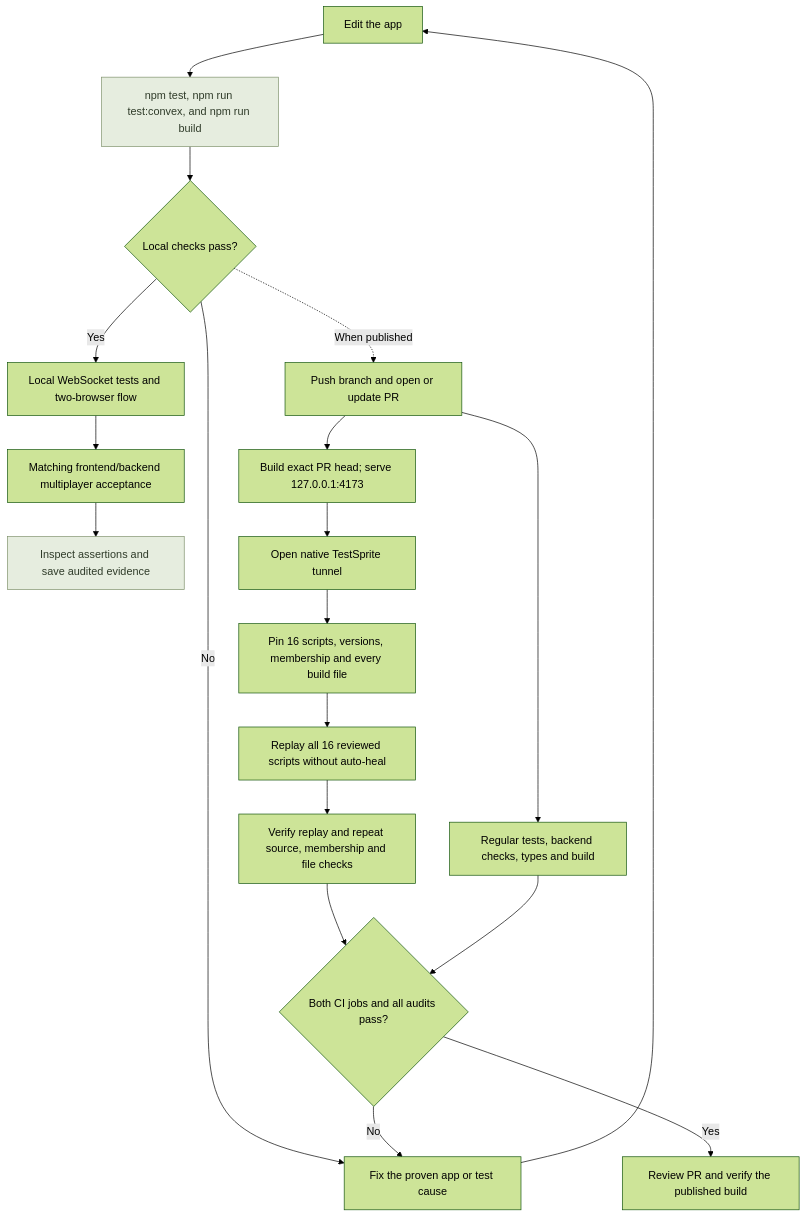
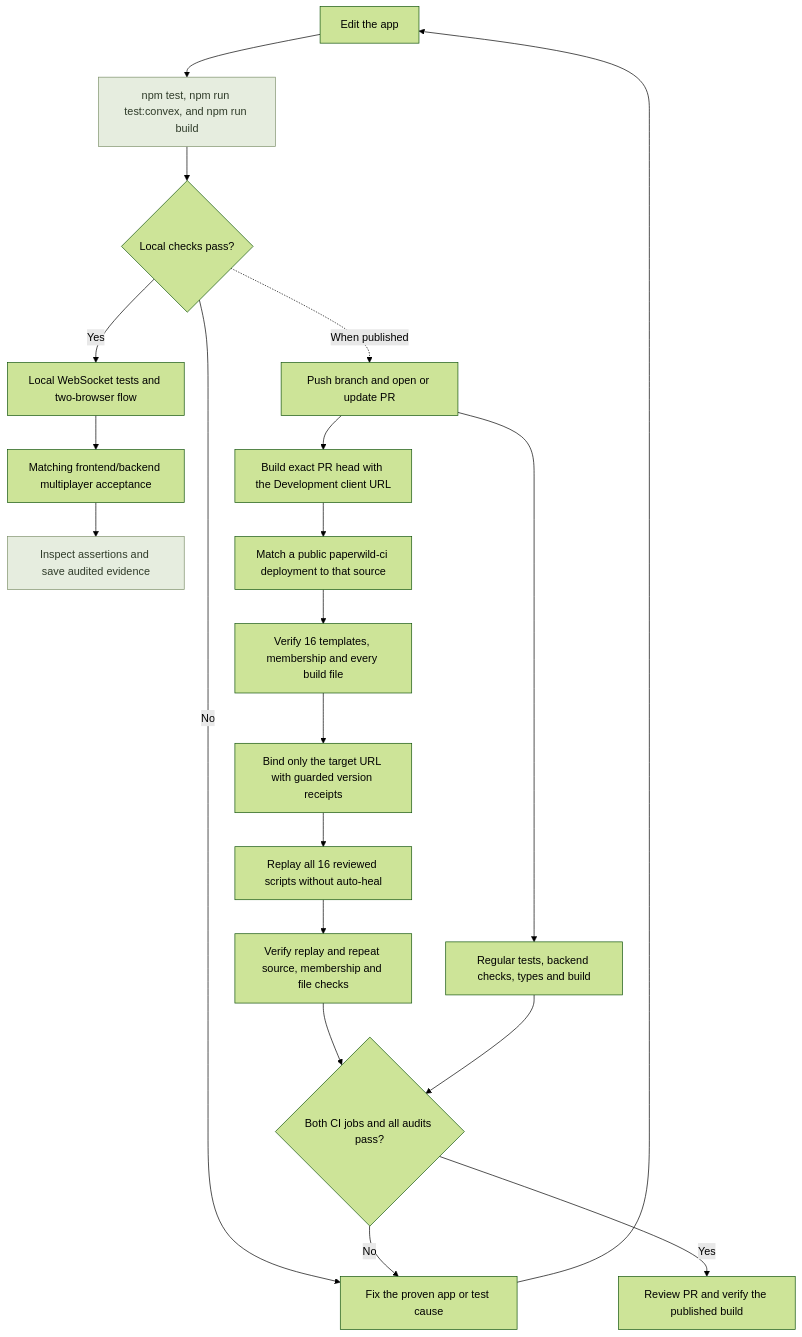
One commit to Davidson3556/Paperwild changed the fourth of 4 diagrams in README.md. Above: the diagram before and after it, drawn with Mermaid (forest theme). The commit also changed other lines of this file and 27 other files, not shown here.

Commit message:
Run strict TestSprite replays on verified public CI deployments

````diff
--- a/README.md
+++ b/README.md
@@ -332,24 +332,25 @@
 ```mermaid
 flowchart TD
     changes["Edit the app"] --> localChecks["npm test, npm run test:convex, and npm run build"]
     localChecks --> localPass{"Local checks pass?"}
     localPass -->|"No"| correction["Fix the proven app or test cause"]
     correction --> changes
     localPass -->|"Yes"| live["Local WebSocket tests and two-browser flow"]
     live --> native["Matching frontend/backend multiplayer acceptance"]
     native --> audit["Inspect assertions and save audited evidence"]
     localPass -.->|"When published"| pullRequest["Push branch and open or update PR"]
     pullRequest --> ci["Regular tests, backend checks, types and build"]
-    pullRequest --> exactBuild["Build exact PR head; serve 127.0.0.1:4173"]
-    exactBuild --> tunnel["Open native TestSprite tunnel"]
-    tunnel --> preflight["Pin 16 scripts, versions, membership and every build file"]
-    preflight --> portal["Replay all 16 reviewed scripts without auto-heal"]
+    pullRequest --> exactBuild["Build exact PR head with the Development client URL"]
+    exactBuild --> publicCI["Match a public paperwild-ci deployment to that source"]
+    publicCI --> preflight["Verify 16 templates, membership and every build file"]
+    preflight --> bind["Bind only the target URL with guarded version receipts"]
+    bind --> portal["Replay all 16 reviewed scripts without auto-heal"]
     portal --> postflight["Verify replay and repeat source, membership and file checks"]
     postflight --> acceptance{"Both CI jobs and all audits pass?"}
     ci --> acceptance
     acceptance -->|"No"| correction
     acceptance -->|"Yes"| release["Review PR and verify the published build"]
 
     classDef checked fill:#e6eddf,stroke:#7e916c,color:#2f3b29
     class localChecks,audit checked
 ```
````
